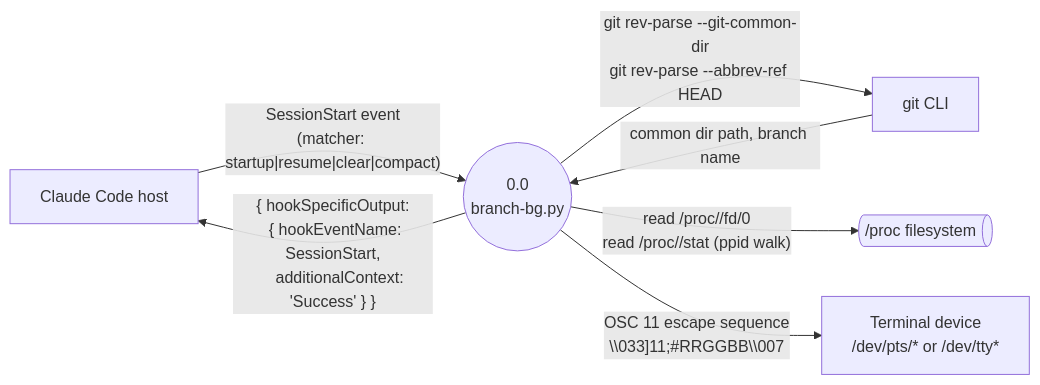
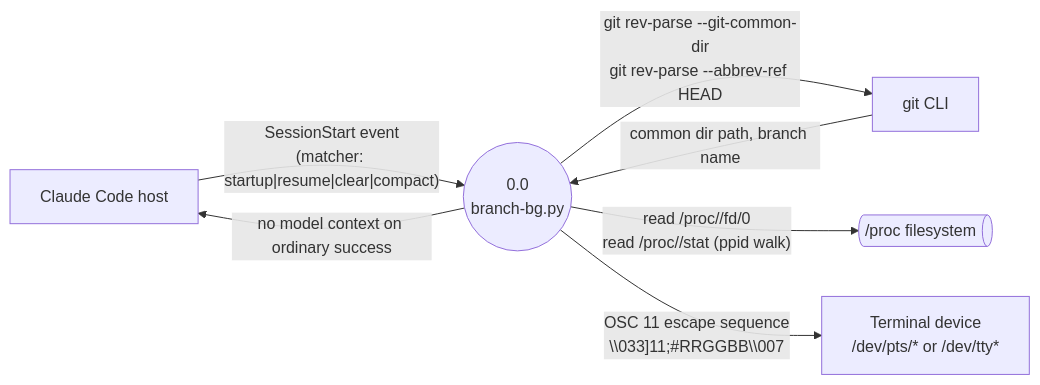
The diagram in docs/architecture/plugins/denubis-hook-branch-bg/0-context.md (Denubis/denubis-plugins), drawn with Mermaid before and after one commit. The commit also changed other lines of this file and 130 other files, not shown here.

````diff
--- a/docs/architecture/plugins/denubis-hook-branch-bg/0-context.md
+++ b/docs/architecture/plugins/denubis-hook-branch-bg/0-context.md
@@ -7,16 +7,16 @@
 ```mermaid
 flowchart LR
     CC[Claude Code host]
     Git[git CLI]
     Proc@{ shape: das, label: "/proc filesystem" }
     TTY[Terminal device\n/dev/pts/* or /dev/tty*]
 
     Hook((0.0\nbranch-bg.py))
 
     CC -->|"SessionStart event\n(matcher: startup|resume|clear|compact)"| Hook
     Hook -->|"git rev-parse --git-common-dir\ngit rev-parse --abbrev-ref HEAD"| Git
     Git -->|"common dir path, branch name"| Hook
     Hook -->|"read /proc/<pid>/fd/0\nread /proc/<pid>/stat (ppid walk)"| Proc
     Hook -->|"OSC 11 escape sequence\n\\033]11;#RRGGBB\\007"| TTY
-    Hook -->|"{ hookSpecificOutput:\n  { hookEventName: SessionStart,\n    additionalContext: 'Success' } }"| CC
+    Hook -->|"no model context on ordinary success"| CC
 ```
````
